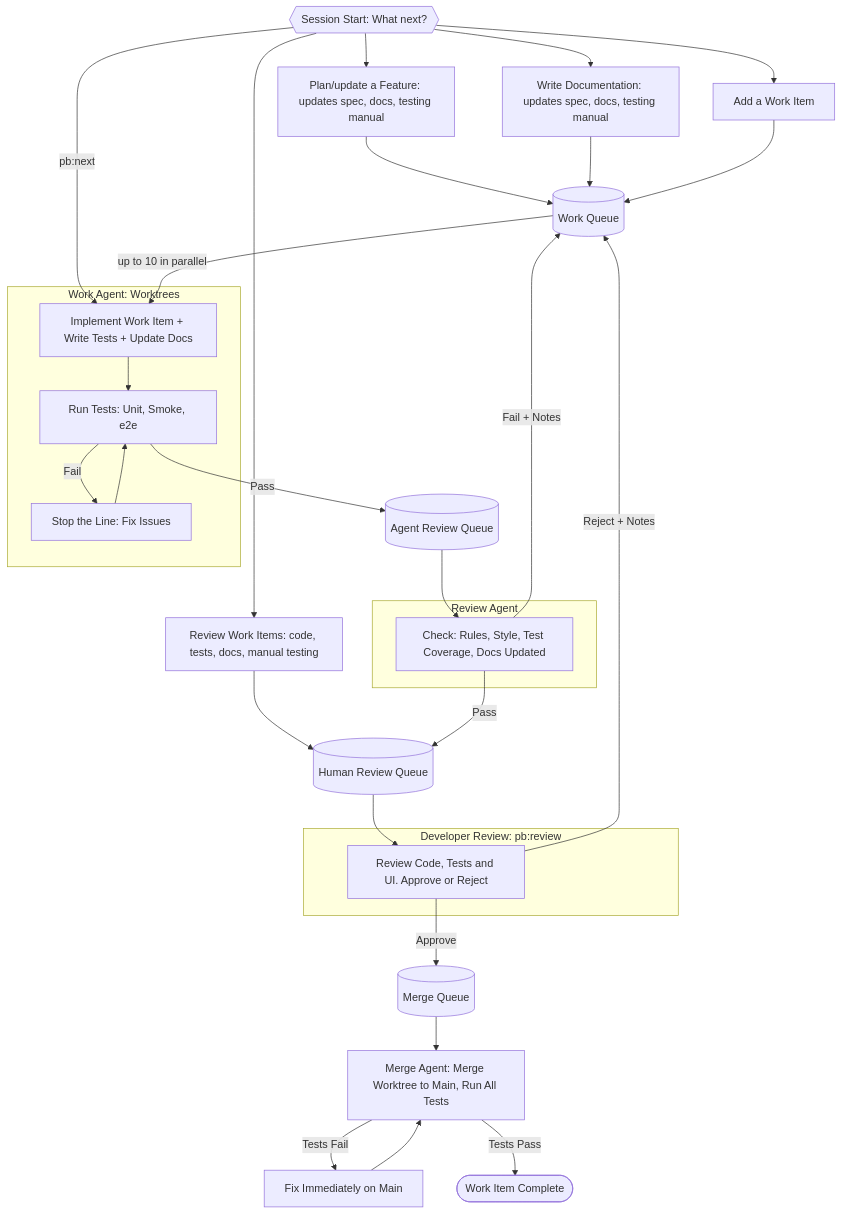
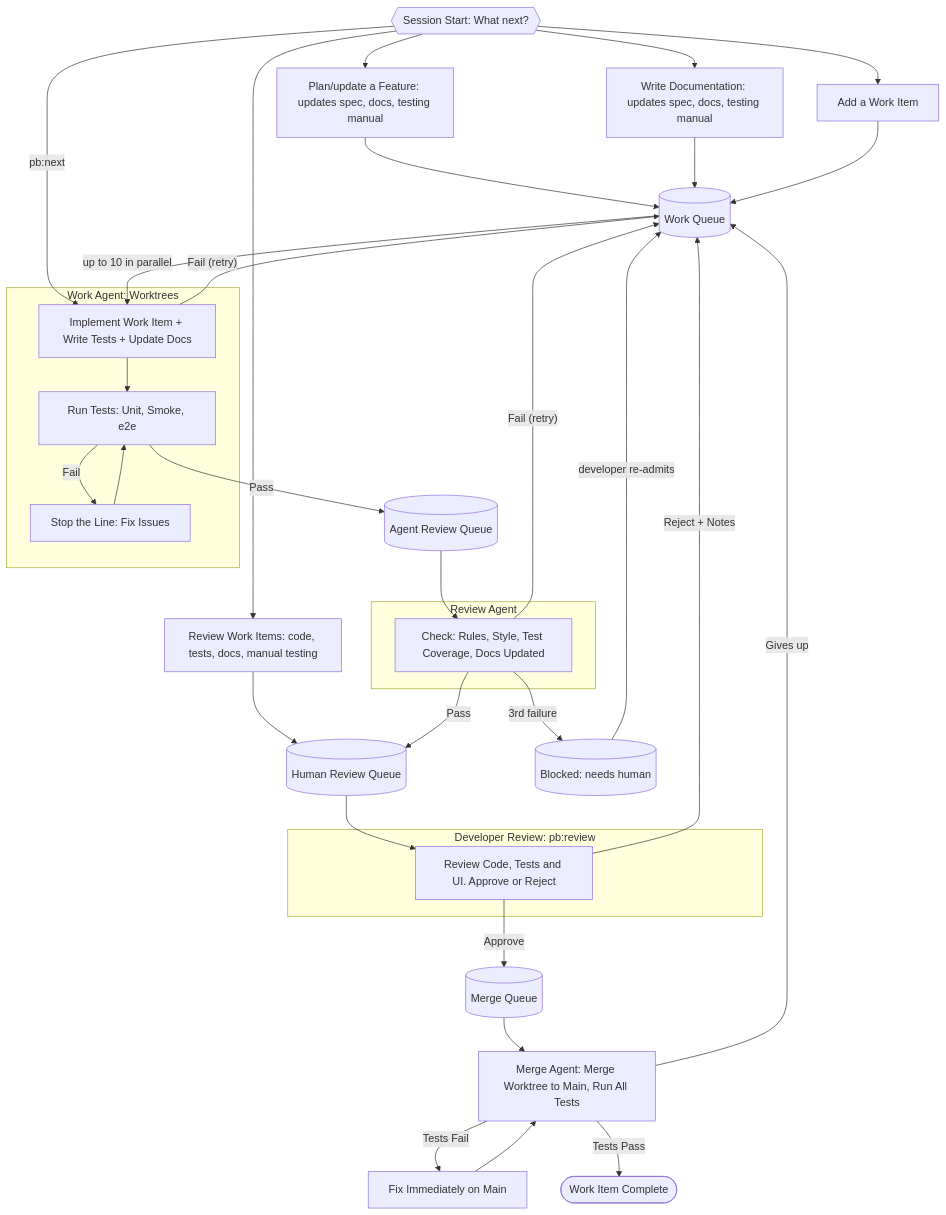
Before and after one commit to ashleydavis/playbook: the diagram in handbook.md, drawn with Mermaid. The commit also changed other lines of this file and 19 other files, not shown here.

````diff
--- a/handbook.md
+++ b/handbook.md
@@ -99,41 +99,45 @@
 ```mermaid
 flowchart TD
     SESSION{{"Session Start: What next?"}} --> PLAN
     SESSION --> DOCS
     SESSION --> ADD_WI
     SESSION --> REVIEW_WI
     SESSION -->|pb:next| IMPL
 
     PLAN["Plan/update a Feature: updates spec, docs, testing manual"] --> WQ
     DOCS["Write Documentation: updates spec, docs, testing manual"] --> WQ
     ADD_WI["Add a Work Item"] --> WQ
     REVIEW_WI["Review Work Items: code, tests, docs, manual testing"] --> HR
 
     WQ[("Work Queue")] -->|"up to 10 in parallel"| IMPL
 
     subgraph WorkAgent ["Work Agent: Worktrees"]
         IMPL["Implement Work Item + Write Tests + Update Docs"] --> RT["Run Tests: Unit, Smoke, e2e"]
         RT -->|Fail| STL["Stop the Line: Fix Issues"]
         STL --> RT
     end
 
     subgraph ReviewAgent ["Review Agent"]
         CHK["Check: Rules, Style, Test Coverage, Docs Updated"]
     end
 
     subgraph DevReview ["Developer Review: pb:review"]
         VIEW["Review Code, Tests and UI. Approve or Reject"]
     end
 
     RT -->|Pass| AR[("Agent Review Queue")]
     AR --> CHK
-    CHK -->|Fail + Notes| WQ
+    CHK -->|"Fail (retry)"| WQ
+    CHK -->|"3rd failure"| BLK[("Blocked: needs human")]
     CHK -->|Pass| HR[("Human Review Queue")]
     HR --> VIEW
     VIEW -->|Reject + Notes| WQ
     VIEW -->|Approve| MQ[("Merge Queue")]
     MQ --> MA["Merge Agent: Merge Worktree to Main, Run All Tests"]
     MA -->|Tests Fail| FIX["Fix Immediately on Main"]
     FIX --> MA
+    MA -->|"Gives up"| WQ
     MA -->|Tests Pass| DONE(["Work Item Complete"])
+    IMPL -->|"Fail (retry)"| WQ
+    BLK -->|"developer re-admits"| WQ
 ```
````
